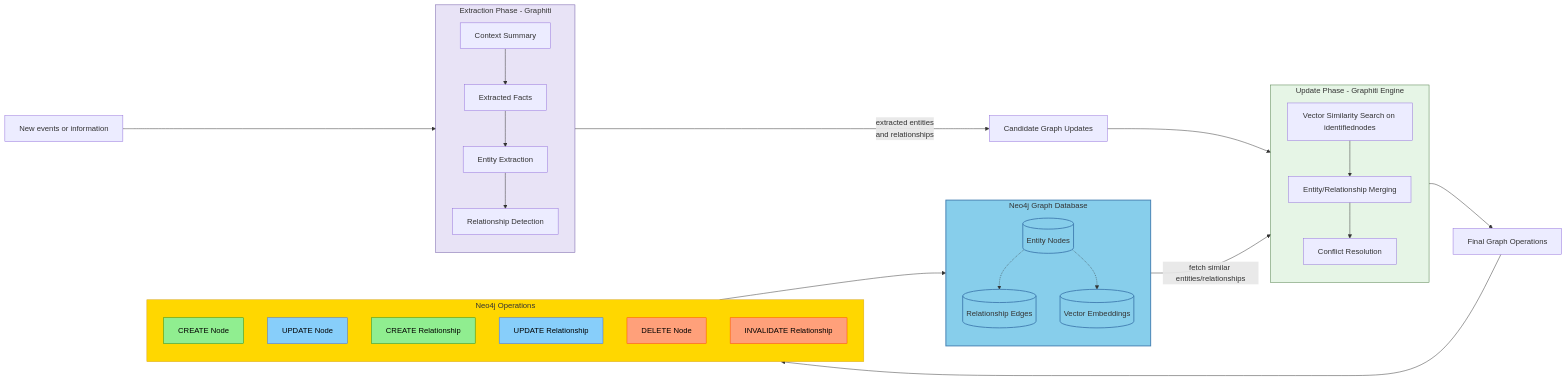
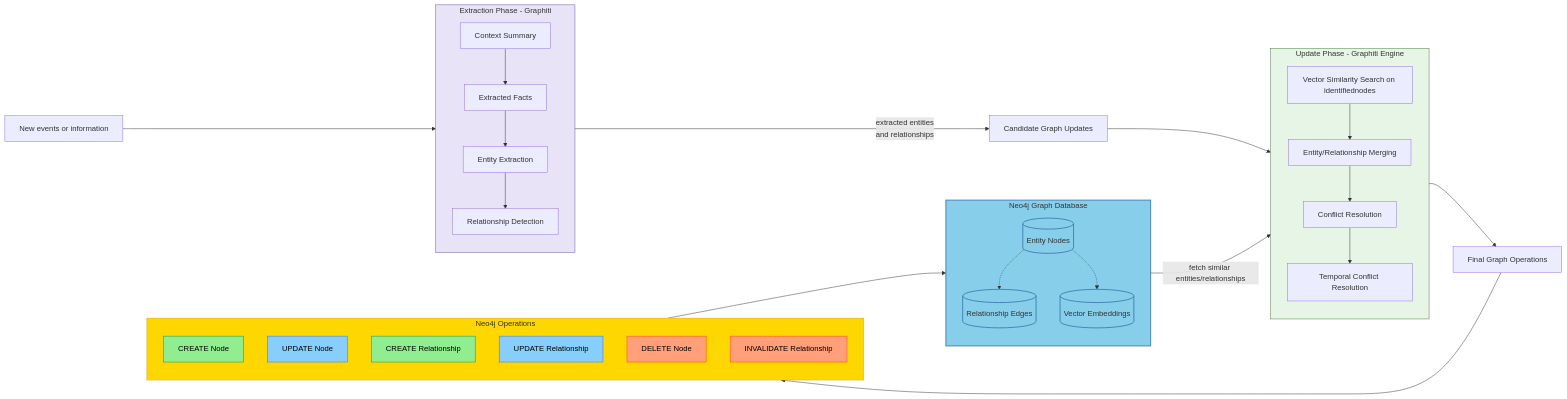
Before and after one commit to srwshkrshnn/AgenticMem: the second of 3 diagrams in video/flowcharts.md, drawn with Mermaid. The commit also changed other lines of this file, not shown here.

Commit message:
Enhance Neo4j flowchart with temporal conflict resolution and update legends for clarity

````diff
--- a/video/flowcharts.md
+++ b/video/flowcharts.md
@@ -68,67 +68,69 @@
 ```mermaid
 flowchart LR
     MSG[New events or information]
 
     MSG --> EP
 
     subgraph EP[Extraction Phase - Graphiti]
         SUM[Context Summary]
         FACTS[Extracted Facts]
         ENT[Entity Extraction]
         REL[Relationship Detection]
         SUM --> FACTS --> ENT --> REL
     end
 
     EP -->|extracted entities<br/>and relationships| CAND[Candidate Graph Updates]
 
     CAND --> UP
 
     subgraph UP[Update Phase - Graphiti Engine]
         direction TB
         SEARCH[Vector Similarity Search on identifiednodes]
         MERGE[Entity/Relationship Merging]
         CONFLICT[Conflict Resolution]
-        SEARCH --> MERGE --> CONFLICT
+        TEMPORAL[Temporal Conflict Resolution]
+        SEARCH --> MERGE --> CONFLICT --> TEMPORAL
     end
 
     subgraph NEO4J[Neo4j Graph Database]
         NODES[(Entity Nodes)]
         EDGES[(Relationship Edges)]
         VECTORS[(Vector Embeddings)]
         NODES -.-> EDGES
         NODES -.-> VECTORS
     end
 
     NEO4J -->|fetch similar entities/relationships| SEARCH
-    CONFLICT --> FINAL[Final Graph Operations]
+    TEMPORAL --> FINAL[Final Graph Operations]
     
     FINAL --> NEO4J_OPS
 
     subgraph NEO4J_OPS[Neo4j Operations]
         CREATE_NODE[CREATE Node]
         UPDATE_NODE[UPDATE Node]
         CREATE_REL[CREATE Relationship]
         UPDATE_REL[UPDATE Relationship]
         DELETE_NODE[DELETE Node]
         INVALIDATE_REL[INVALIDATE Relationship]
     end
 
     NEO4J_OPS --> NEO4J
 
     classDef store fill:#f9e79f,stroke:#c39c0a,stroke-width:1px;
     classDef phase1 fill:#e8e3f6,stroke:#6c55a3,stroke-width:1px;
     classDef phase2 fill:#e6f5e6,stroke:#4a7a42,stroke-width:1px;
     classDef neo4j fill:#87ceeb,stroke:#4682b4,stroke-width:2px;
     classDef operations fill:#ffd700,stroke:#daa520,stroke-width:1px;
+    classDef temporal fill:#dda0dd,stroke:#8b008b,stroke-width:2px;
     classDef createOp fill:#90ee90,stroke:#228b22,color:#000;
     classDef updateOp fill:#87cefa,stroke:#4169e1,color:#000;
     classDef deleteOp fill:#ffa07a,stroke:#ff4500,color:#000;
 
     class NEO4J,NODES,EDGES,VECTORS neo4j;
     class EP phase1;
     class UP phase2;
     class NEO4J_OPS operations;
     class CREATE_NODE,CREATE_REL createOp;
     class UPDATE_NODE,UPDATE_REL updateOp;
     class DELETE_NODE,INVALIDATE_REL deleteOp;
 ```
````
